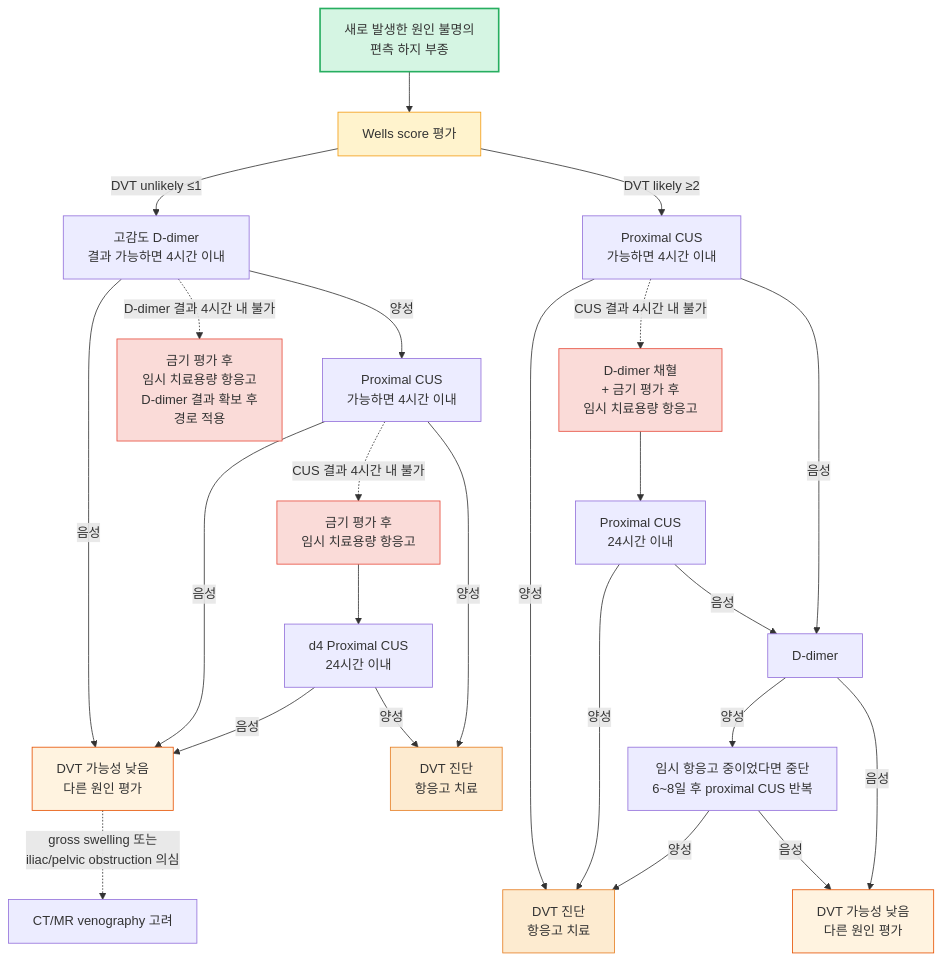
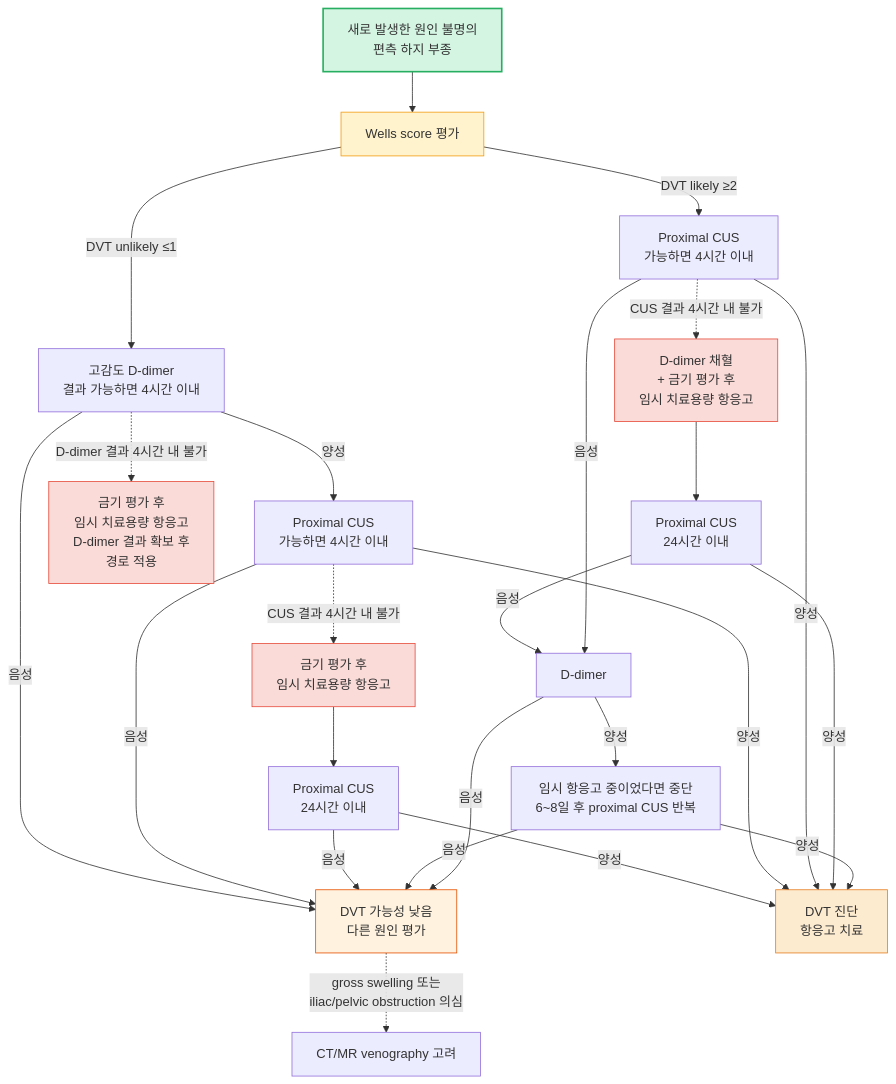
One commit to familyoh77/familyoh77 changed the first of 4 diagrams in 220_/012_-edema.md. Above: the diagram before and after it, drawn with Mermaid. The commit also changed other lines of this file, not shown here.

````diff
--- a/220_/012_-edema.md
+++ b/220_/012_-edema.md
@@ -195,36 +195,34 @@
 ```mermaid
 graph TD
 SG1["새로 발생한 원인 불명의<br/>편측 하지 부종"] --> B["Wells score 평가"]
         B -- "DVT unlikely ≤1" --> C["고감도 D-dimer<br/>결과 가능하면 4시간 이내"]
         C -- "음성" --> E["DVT 가능성 낮음<br/>다른 원인 평가"]
         C -- "양성" --> D1["Proximal CUS<br/>가능하면 4시간 이내"]
         C -. "D-dimer 결과 4시간 내 불가" .-> I1["금기 평가 후 <br/>임시 치료용량 항응고<br/>D-dimer 결과 확보 후 <br/>경로 적용"]
         B -- "DVT likely ≥2" --> D2["Proximal CUS<br/>가능하면 4시간 이내"]
         D1 -- "음성" --> E
         D1 -. "CUS 결과 4시간 내 불가" .-> I3["금기 평가 후 <br/>임시 치료용량 항응고"]
-        I3 --> D4["d4 Proximal CUS<br/>24시간 이내"]
-        D4 -- "양성" --> G0
+        I3 --> D4["Proximal CUS<br/>24시간 이내"]
+        D4 -- "양성" --> G
         D4 -- "음성" --> E
-        D1 -- "양성" --> G0["DVT 진단<br/>항응고 치료"]
-        D2 -- "양성" --> G["DVT 진단<br/>항응고 치료"]
+        D1 -- "양성" --> G["DVT 진단<br/>항응고 치료"]
+        D2 -- "양성" --> G
         D2 -. "CUS 결과 4시간 내 불가" .-> I2["D-dimer 채혈 <br/>+ 금기 평가 후<br/>임시 치료용량 항응고"]
         I2 --> D3["Proximal CUS<br/>24시간 이내"]
         D3 -- "양성" --> G
         D3 -- "음성" --> DD["D-dimer"]
         D2 -- "음성" --> DD
         DD -- "양성" --> R["임시 항응고 중이었다면 중단<br/>6~8일 후 proximal CUS 반복"]
         R -- "양성" --> G
-        R -- "음성" --> E0
+        R -- "음성" --> E
         E -. "gross swelling 또는<br/>iliac/pelvic obstruction 의심" .-> H["CT/MR venography 고려"]
-        DD -- "음성" --> E0["DVT 가능성 낮음<br/>다른 원인 평가"]
+        DD -- "음성" --> E
     style SG1 fill:#d5f5e3,stroke:#27ae60,stroke-width:2px
     style B fill:#fff3cd,stroke:#f39c12
     style I1 fill:#fadbd8,stroke:#e74c3c
     style I2 fill:#fadbd8,stroke:#e74c3c
     style I3 fill:#fadbd8,stroke:#e74c3c
 
-classDef orange50 fill:#fff3e0,stroke:#e65100
-class E,E0 orange50
-classDef orange fill:#fdebd0,stroke:#e67e22
-class G,G0 orange
+    style E fill:#fff3e0,stroke:#e65100
+    style G fill:#fdebd0,stroke:#e67e22
 ```
````
